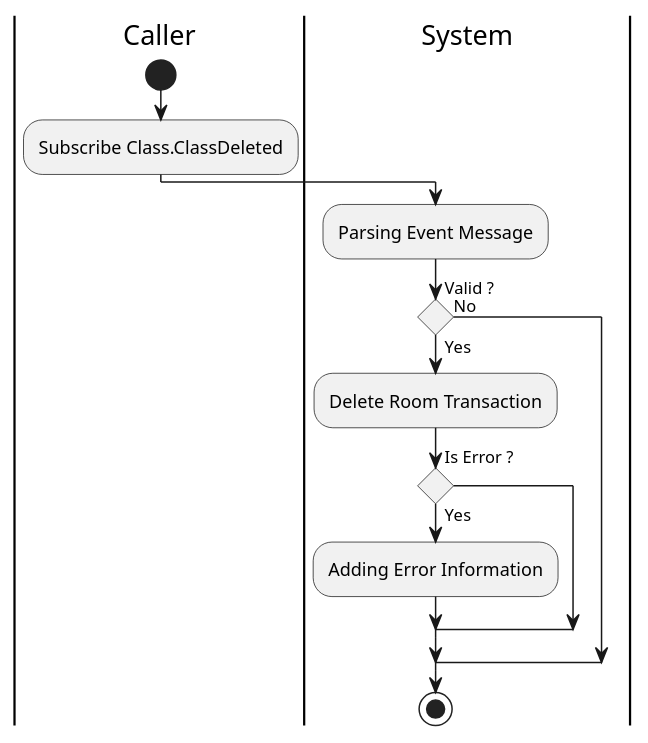
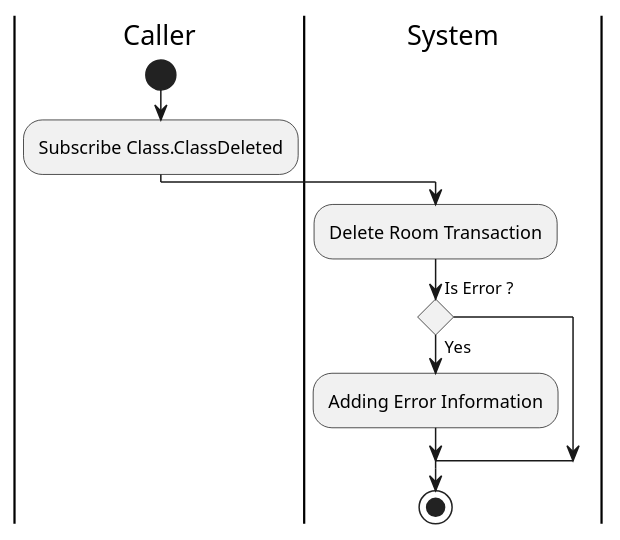
Before and after one commit to fwidjaya20/fazzlearning-uml: the diagram in Activity/Release02/TRANSACTION_SubscribeClassDeleted.wsd, drawn with PlantUML. The commit also changed 18 other files, not shown here.

```diff
--- a/Activity/Release02/TRANSACTION_SubscribeClassDeleted.wsd
+++ b/Activity/Release02/TRANSACTION_SubscribeClassDeleted.wsd
@@ -1,25 +1,21 @@
 @startuml TRANSACTION_SubscribeClassDeleted
 
 skinparam ConditionEndStyle hline
 skinparam conditionStyle diamond
 skinparam Monochrome true
 skinparam Shadowing false
 
 |Caller|
 start
 :Subscribe Class.ClassDeleted;
 
 |System|
-:Parsing Event Message;
 
-if (Valid ?) then (Yes)
-    :Delete Room Transaction;
+:Delete Room Transaction;
 
-    if (Is Error ?) then (Yes)
-        :Adding Error Information;
-    endif
-else (No)
+if (Is Error ?) then (Yes)
+    :Adding Error Information;
 endif
 stop
 
 @enduml
```
